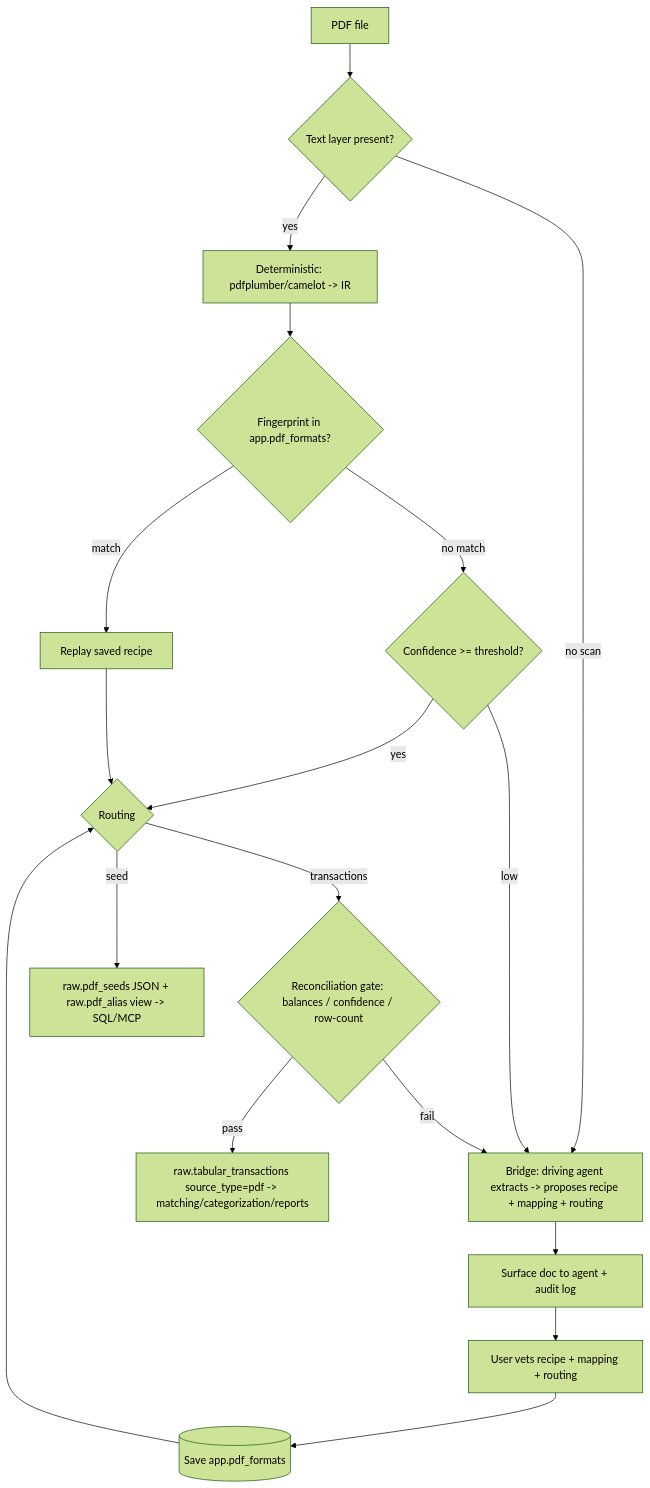
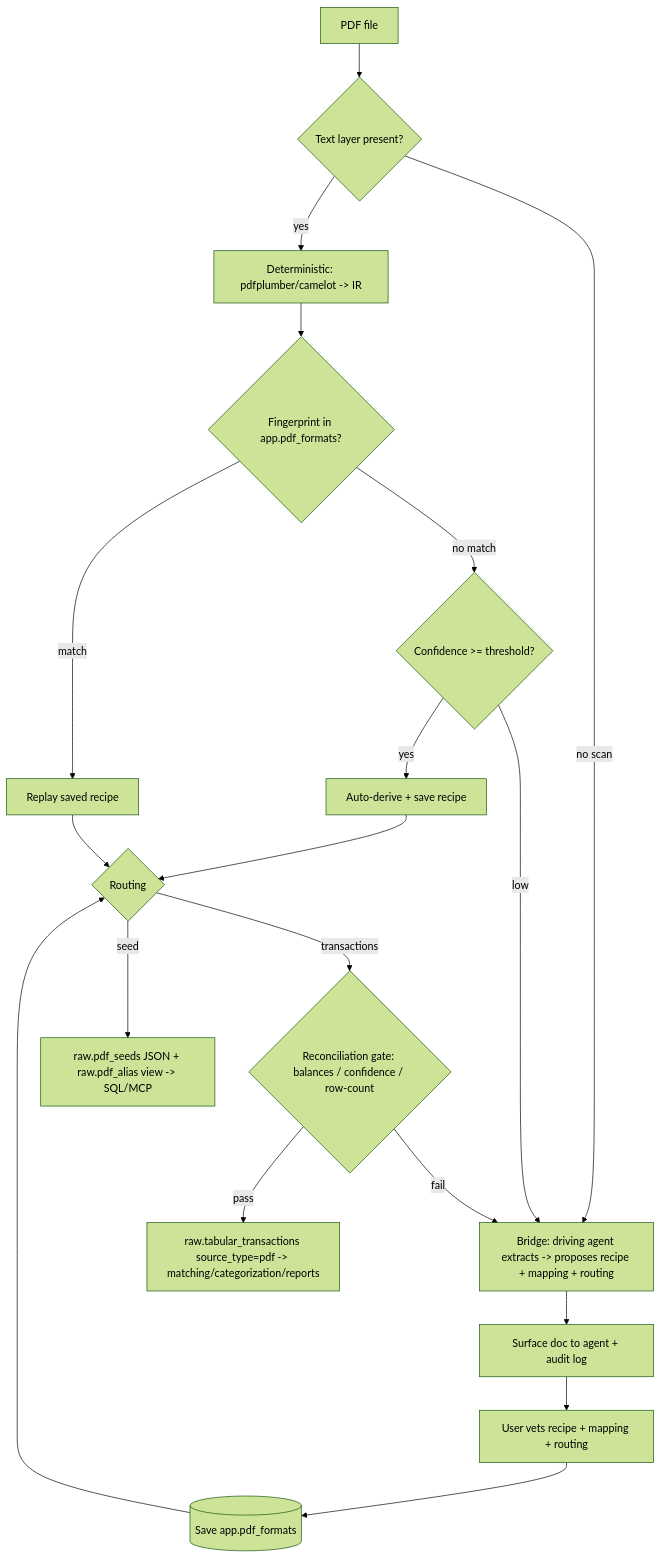
One commit to bsaffel/moneybin changed the diagram in docs/specs/smart-import-pdf.md. Above: the diagram before and after it, drawn with Mermaid (forest theme). The commit also changed other lines of this file and 1 other file, not shown here.

First line of the commit message:
Fix PDF recipe-save regression + ReDoS units; reconcile overview

````diff
--- a/docs/specs/smart-import-pdf.md
+++ b/docs/specs/smart-import-pdf.md
@@ -157,21 +157,22 @@
 ```mermaid
 flowchart TD
     A[PDF file] --> B{Text layer present?}
     B -- yes --> C[Deterministic: pdfplumber/camelot -> IR]
     B -- no scan --> BR
     C --> F{Fingerprint in app.pdf_formats?}
     F -- match --> R[Replay saved recipe]
     F -- no match --> S{Confidence >= threshold?}
-    S -- yes --> ROUTE
+    S -- yes --> DSAVE[Auto-derive + save recipe]
+    DSAVE --> ROUTE
     S -- low --> BR[Bridge: driving agent extracts -> proposes recipe + mapping + routing]
     BR --> NOTICE[Surface doc to agent + audit log]
     NOTICE --> VET[User vets recipe + mapping + routing]
     VET --> SAVE[(Save app.pdf_formats)]
     SAVE --> ROUTE
     R --> ROUTE
     ROUTE{Routing}
     ROUTE -- transactions --> GUARD{Reconciliation gate: balances / confidence / row-count}
     GUARD -- pass --> T[raw.tabular_transactions source_type=pdf -> matching/categorization/reports]
     GUARD -- fail --> BR
     ROUTE -- seed --> SEED[raw.pdf_seeds JSON + raw.pdf_alias view -> SQL/MCP]
 ```
````
